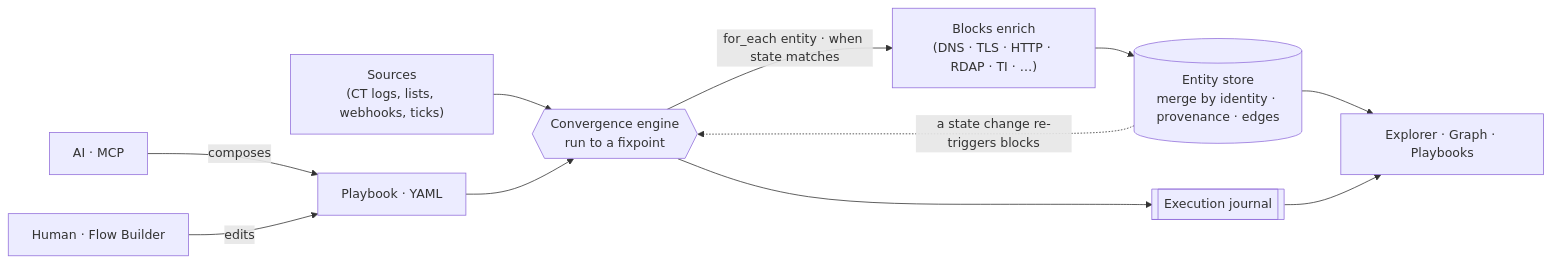
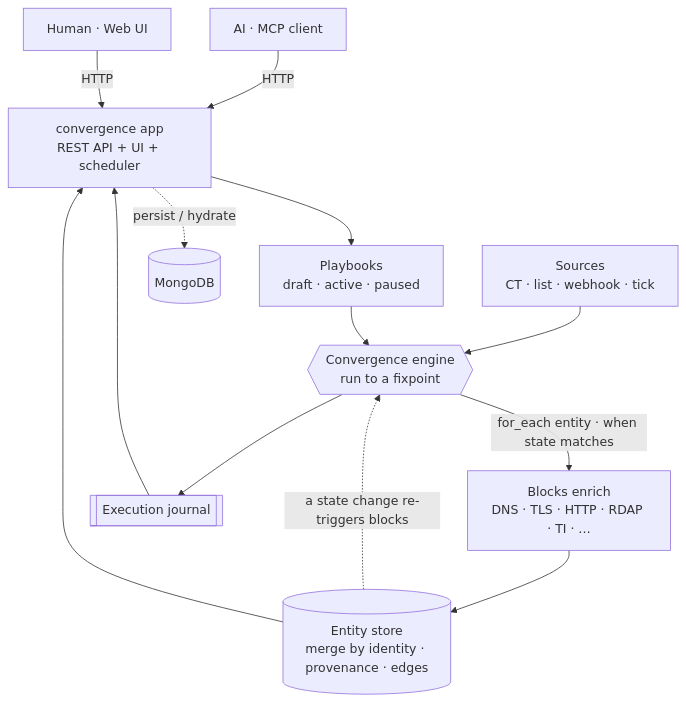
The diagram in README.md (nemanjan00/convergence), drawn with Mermaid before and after one commit. The commit also changed other lines of this file and 12 other files, not shown here.

First line of the commit message:
Real served app: HTTP API + UI + scheduler; MCP becomes an API client; Docker

````diff
--- a/README.md
+++ b/README.md
@@ -33,13 +34,15 @@
 ```mermaid
-flowchart LR
-  AI["AI · MCP"] -->|composes| PB["Playbook · YAML"]
-  Human["Human · Flow Builder"] -->|edits| PB
-  SRC["Sources<br/>(CT logs, lists, webhooks, ticks)"] --> ENG
+flowchart TB
+  AI["AI · MCP client"] -->|HTTP| API
+  UI["Human · Web UI"] -->|HTTP| API["convergence app<br/>REST API + UI + scheduler"]
+  SRC["Sources<br/>CT · list · webhook · tick"] --> ENG
+  API --> PB["Playbooks<br/>draft · active · paused"]
   PB --> ENG{{"Convergence engine<br/>run to a fixpoint"}}
-  ENG -->|"for_each entity · when state matches"| BLK["Blocks enrich<br/>(DNS · TLS · HTTP · RDAP · TI · …)"]
+  ENG -->|"for_each entity · when state matches"| BLK["Blocks enrich<br/>DNS · TLS · HTTP · RDAP · TI · …"]
   BLK --> STORE[("Entity store<br/>merge by identity · provenance · edges")]
   STORE -.->|"a state change re-triggers blocks"| ENG
   ENG --> JRN[["Execution journal"]]
-  STORE --> UI["Explorer · Graph · Playbooks"]
-  JRN --> UI
+  STORE --> API
+  JRN --> API
+  API -.->|persist / hydrate| DB[("MongoDB")]
 ```
````
